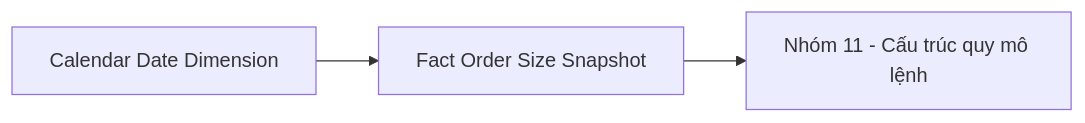
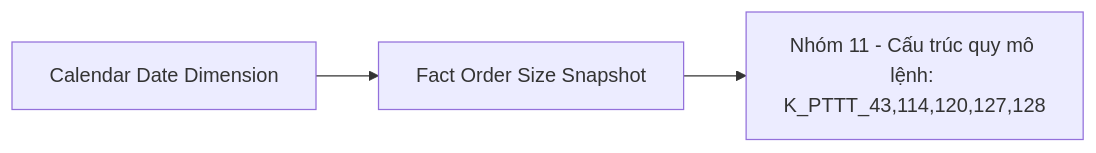
Before and after one commit to linhlvit/ubck_atomic_design: diagram 30 of 53 in Datamart/hld/DTM_PTTT_HLD.md, drawn with Mermaid. The commit also changed other lines of this file and 21 other files, not shown here.

````diff
--- a/Datamart/hld/DTM_PTTT_HLD.md
+++ b/Datamart/hld/DTM_PTTT_HLD.md
@@ -1541,8 +1541,8 @@
 ```mermaid
 flowchart LR
     fct_order_size_snpst["Fact Order Size Snapshot"]
     cdr_dt_dim["Calendar Date Dimension"]
-    rpt_nhom11["Nhóm 11 - Cấu trúc quy mô lệnh"]
+    rpt_nhom11["Nhóm 11 - Cấu trúc quy mô lệnh: K_PTTT_43,114,120,127,128"]
     cdr_dt_dim --> fct_order_size_snpst
     fct_order_size_snpst --> rpt_nhom11
 ```
````
